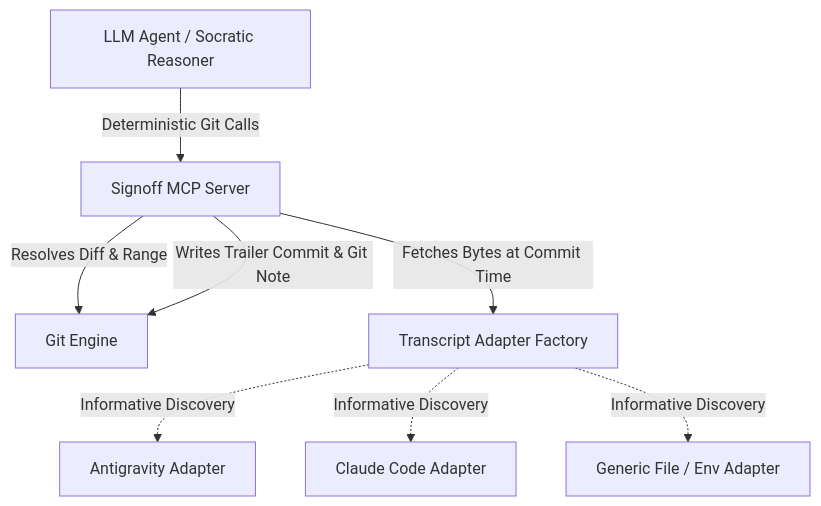
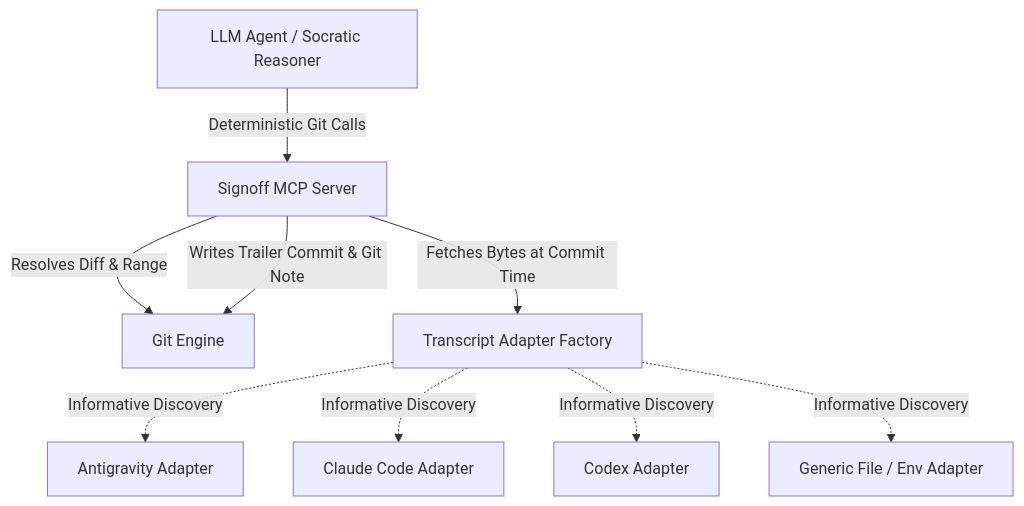
The diagram in skills/signoff/specs/gsa-core.md (jerrylin96/signoff), drawn with Mermaid before and after one commit. The commit also changed other lines of this file and 4 other files, not shown here.

Commit message:
feat(discovery): align Codex transcript rollout scan and spec matrix (Slice 1)

````diff
--- a/skills/signoff/specs/gsa-core.md
+++ b/skills/signoff/specs/gsa-core.md
@@ -100,10 +100,11 @@
 ```mermaid
 graph TD
     Agent[LLM Agent / Socratic Reasoner] -->|Deterministic Git Calls| MCPServer[Signoff MCP Server]
     MCPServer -->|Resolves Diff & Range| GitEngine[Git Engine]
     MCPServer -->|Fetches Bytes at Commit Time| AdapterFactory[Transcript Adapter Factory]
     AdapterFactory -. Informative Discovery .-> Antigravity[Antigravity Adapter]
     AdapterFactory -. Informative Discovery .-> ClaudeCode[Claude Code Adapter]
+    AdapterFactory -. Informative Discovery .-> Codex[Codex Adapter]
     AdapterFactory -. Informative Discovery .-> GenericFile[Generic File / Env Adapter]
     MCPServer -->|Writes Trailer Commit & Git Note| GitEngine
 ```
````
